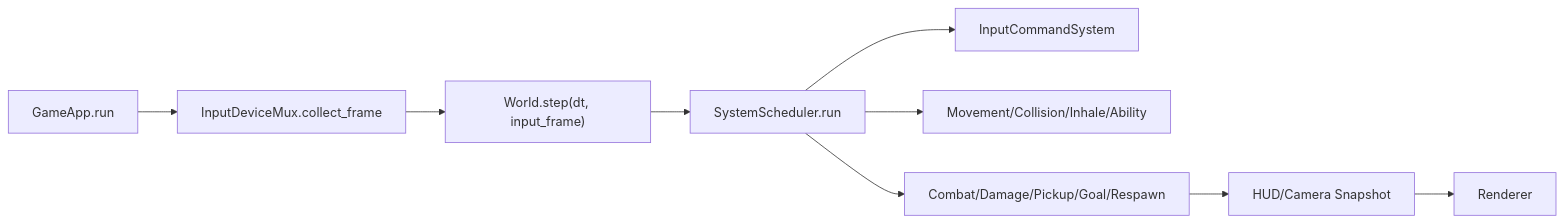
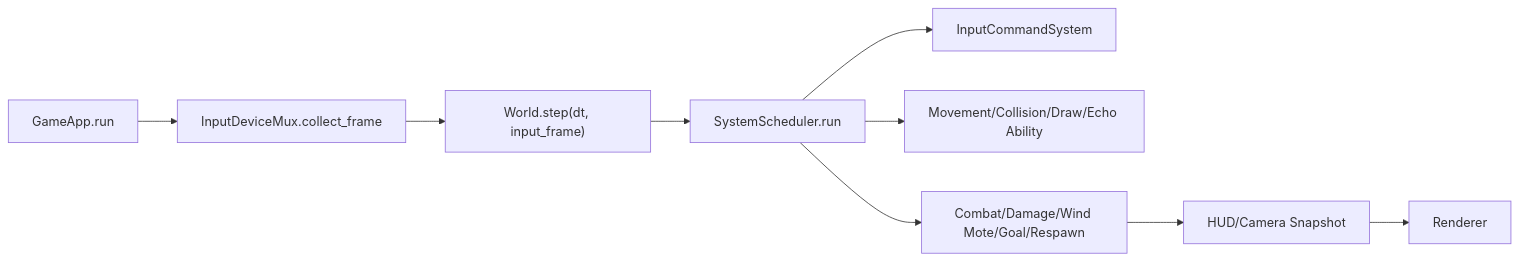
The first of 3 diagrams in docs/kr/diagrams.md (minchang-KIm/Kirby), drawn with Mermaid before and after one commit. The commit also changed other lines of this file and 116 other files, not shown here.

````diff
--- a/docs/kr/diagrams.md
+++ b/docs/kr/diagrams.md
@@ -5,11 +5,11 @@
 ```mermaid
 flowchart LR
   A["GameApp.run"] --> B["InputDeviceMux.collect_frame"]
   B --> C["World.step(dt, input_frame)"]
   C --> D["SystemScheduler.run"]
   D --> E["InputCommandSystem"]
-  D --> F["Movement/Collision/Inhale/Ability"]
-  D --> G["Combat/Damage/Pickup/Goal/Respawn"]
+  D --> F["Movement/Collision/Draw/Echo Ability"]
+  D --> G["Combat/Damage/Wind Mote/Goal/Respawn"]
   G --> H["HUD/Camera Snapshot"]
   H --> I["Renderer"]
 ```
````
